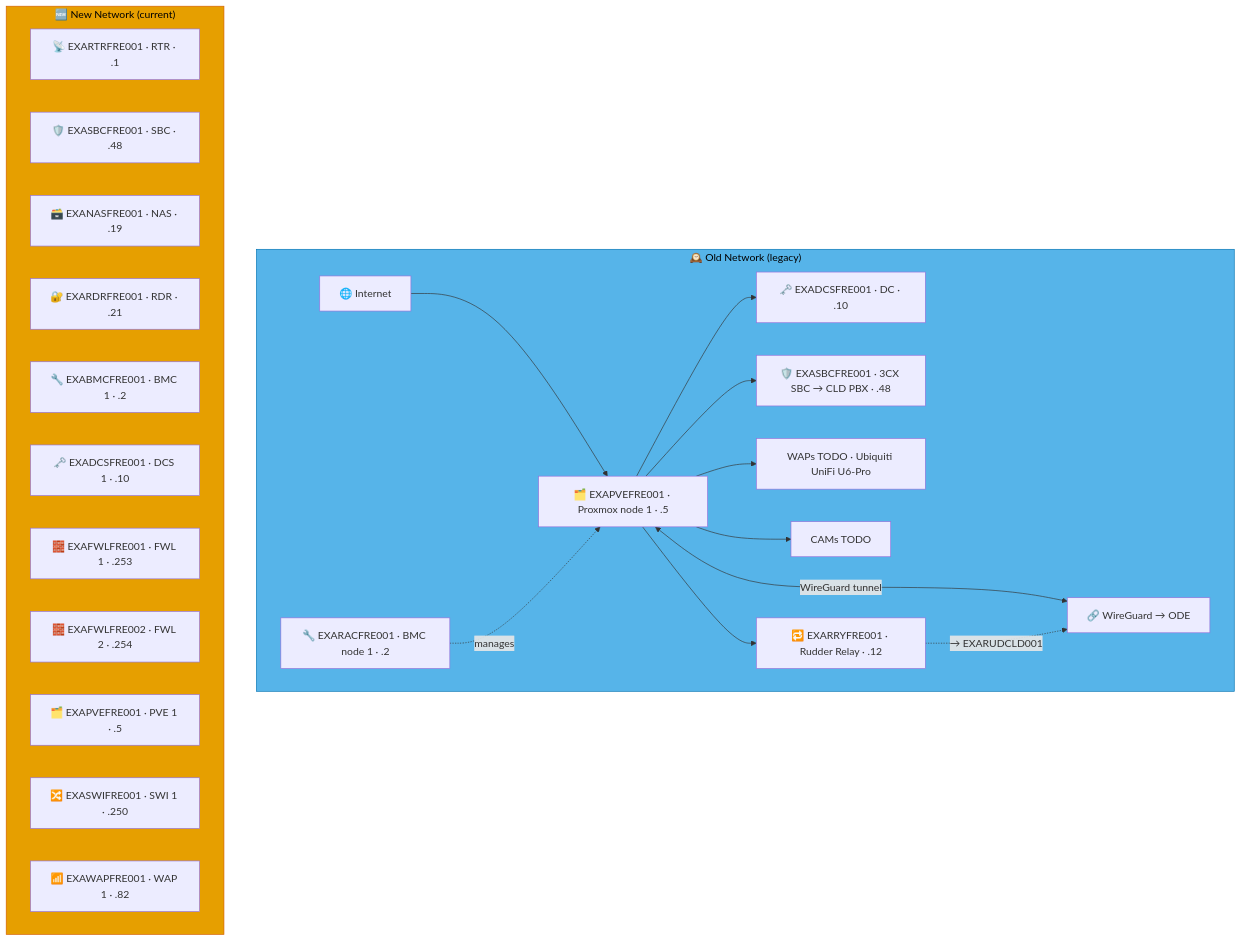
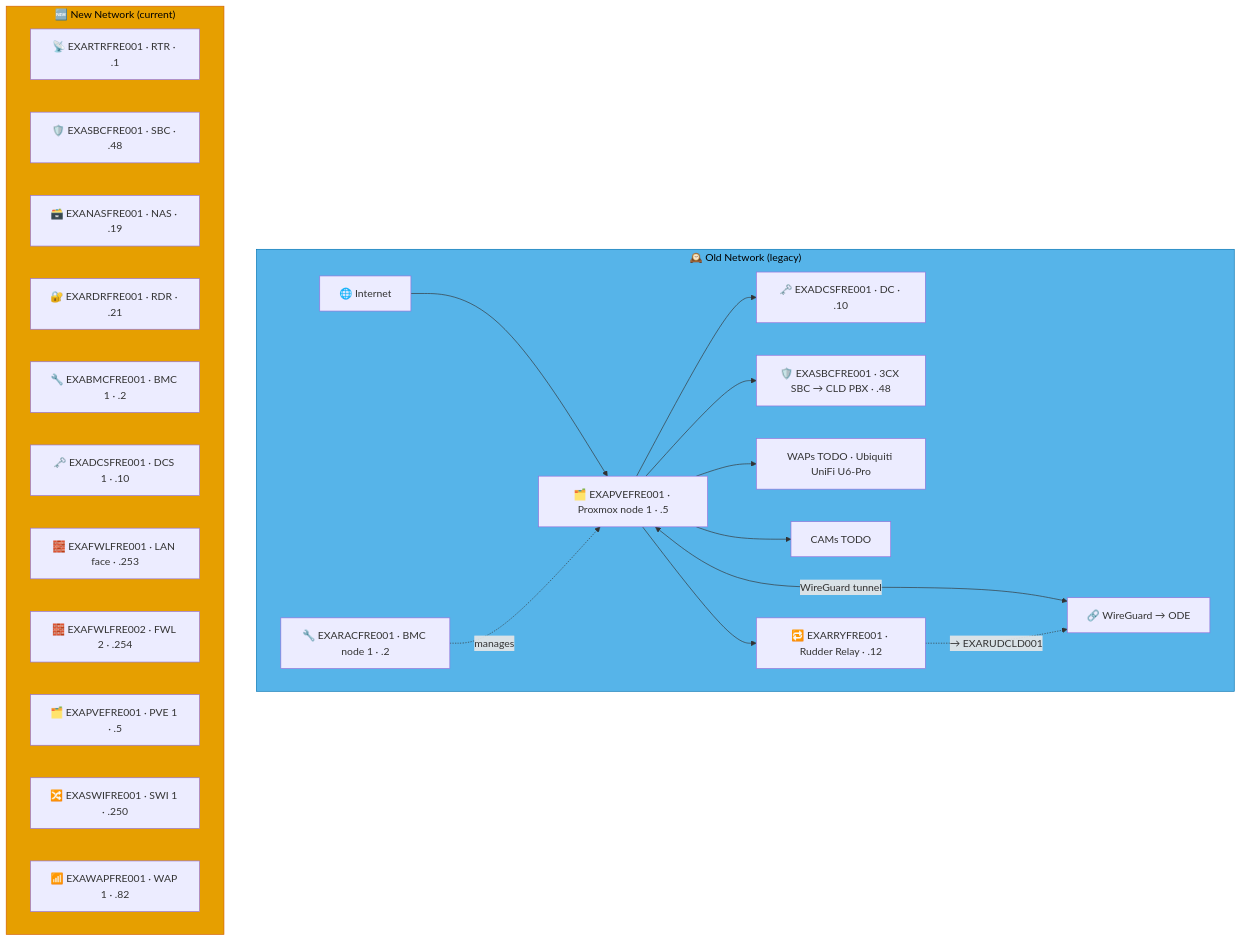
The seventh of 9 diagrams in docs/network-diagram/danmark.md (knightmare2600/example_music_infra), drawn with Mermaid before and after one commit. The commit also changed other lines of this file and 17 other files, not shown here.

````diff
--- a/docs/network-diagram/danmark.md
+++ b/docs/network-diagram/danmark.md
@@ -343,39 +343,39 @@
 ```mermaid
 graph TD
     subgraph OLD_FRE ["🕰️ Old Network (legacy)"]
       INET["🌐 Internet"]
       RAC["🔧 EXARACFRE001 · BMC node 1 · .2"]
       PVE["🗂️ EXAPVEFRE001 · Proxmox node 1 · .5"]
       DC["🗝️ EXADCSFRE001 · DC · .10"]
       SBC["🛡️ EXASBCFRE001 · 3CX SBC → CLD PBX · .48"]
       RRY["🔁 EXARRYFRE001 · Rudder Relay · .12"]
       WAP["WAPs TODO · Ubiquiti UniFi U6-Pro"]
       CAM["CAMs TODO"]
       VPN["🔗 WireGuard → ODE"]
 
       INET --> PVE --> DC & SBC
       RAC -.->|"manages"| PVE
       PVE --> WAP & CAM
       PVE <-->|"WireGuard tunnel"| VPN
 
       PVE --> RRY
       RRY -. "→ EXARUDCLD001" .-> VPN
     end
     style OLD_FRE fill:#56B4E9,stroke:#0072B2,color:#000000
     %% GENERATED:NEW-NETWORK:FRE:START
     subgraph NEW_FRE ["🆕 New Network (current)"]
       N_RTR["📡 EXARTRFRE001 · RTR · .1"]
       N_SBC["🛡️ EXASBCFRE001 · SBC · .48"]
       N_NAS["🗃️ EXANASFRE001 · NAS · .19"]
       N_RDR["🔐 EXARDRFRE001 · RDR · .21"]
       N_BMC["🔧 EXABMCFRE001 · BMC 1 · .2"]
       N_DCS["🗝️ EXADCSFRE001 · DCS 1 · .10"]
-      N_FWL["🧱 EXAFWLFRE001 · FWL 1 · .253"]
+      N_FWL["🧱 EXAFWLFRE001 · LAN face · .253"]
       N_FWL2["🧱 EXAFWLFRE002 · FWL 2 · .254"]
       N_PVE["🗂️ EXAPVEFRE001 · PVE 1 · .5"]
       N_SWI["🔀 EXASWIFRE001 · SWI 1 · .250"]
       N_WAP["📶 EXAWAPFRE001 · WAP 1 · .82"]
     end
     style NEW_FRE fill:#E69F00,stroke:#D55E00,color:#000000
     %% GENERATED:NEW-NETWORK:FRE:END
 ```
````
